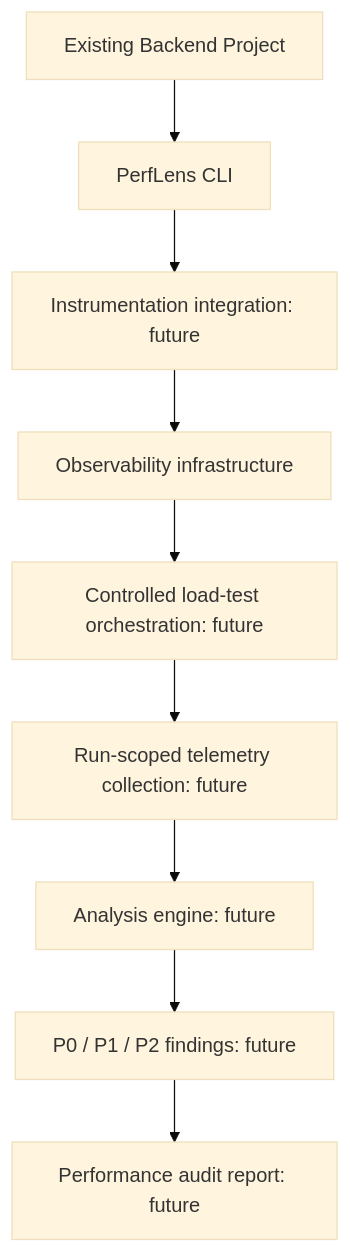
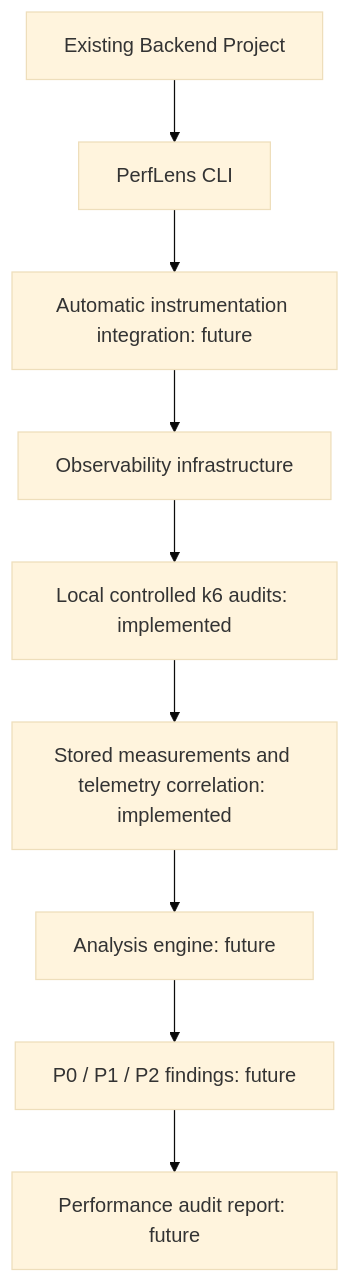
One commit to rahad123/perflens changed the second of 2 diagrams in docs/architecture/architecture.md. Above: the diagram before and after it, drawn with Mermaid (base theme). The commit also changed other lines of this file and 4 other files, not shown here.

````diff
--- a/docs/architecture/architecture.md
+++ b/docs/architecture/architecture.md
@@ -61,11 +81,11 @@
 ```mermaid
 flowchart TB
     Backend[Existing Backend Project] --> PerfLens[PerfLens CLI]
-    PerfLens --> Instrument[Instrumentation integration: future]
+    PerfLens --> Instrument[Automatic instrumentation integration: future]
     Instrument --> Observe[Observability infrastructure]
-    Observe --> Load[Controlled load-test orchestration: future]
-    Load --> Collect[Run-scoped telemetry collection: future]
+    Observe --> Load[Local controlled k6 audits: implemented]
+    Load --> Collect[Stored measurements and telemetry correlation: implemented]
     Collect --> Analyze[Analysis engine: future]
     Analyze --> Findings[P0 / P1 / P2 findings: future]
     Findings --> Report[Performance audit report: future]
 ```
````
